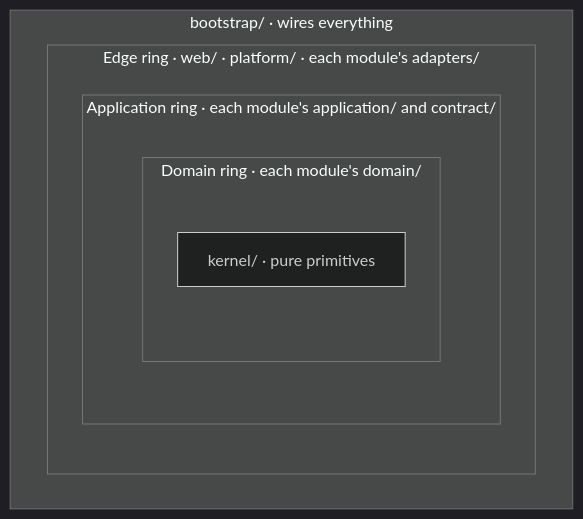
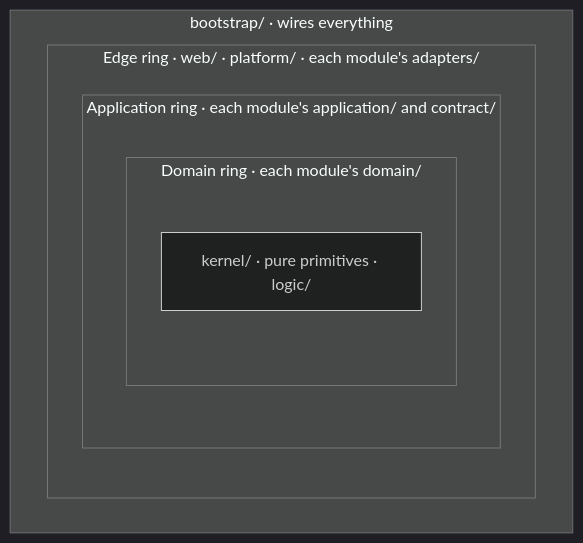
One commit to paulomtts/xarch changed the first of 4 diagrams in docs/web/architecture.md. Above: the diagram before and after it, drawn with Mermaid (dark theme). The commit also changed other lines of this file and 21 other files, not shown here.

First line of the commit message:
Give pure logic a place: kernel/logic and application/logic

````diff
--- a/docs/web/architecture.md
+++ b/docs/web/architecture.md
@@ -82,12 +86,12 @@
 ```mermaid
 flowchart TB
   subgraph r4["bootstrap/ · wires everything"]
     subgraph r3["Edge ring · web/ · platform/ · each module's adapters/"]
       subgraph r2["Application ring · each module's application/ and contract/"]
         subgraph r1["Domain ring · each module's domain/"]
-          r0["kernel/ · pure primitives"]
+          r0["kernel/ · pure primitives · logic/"]
         end
       end
     end
   end
 ```
````
